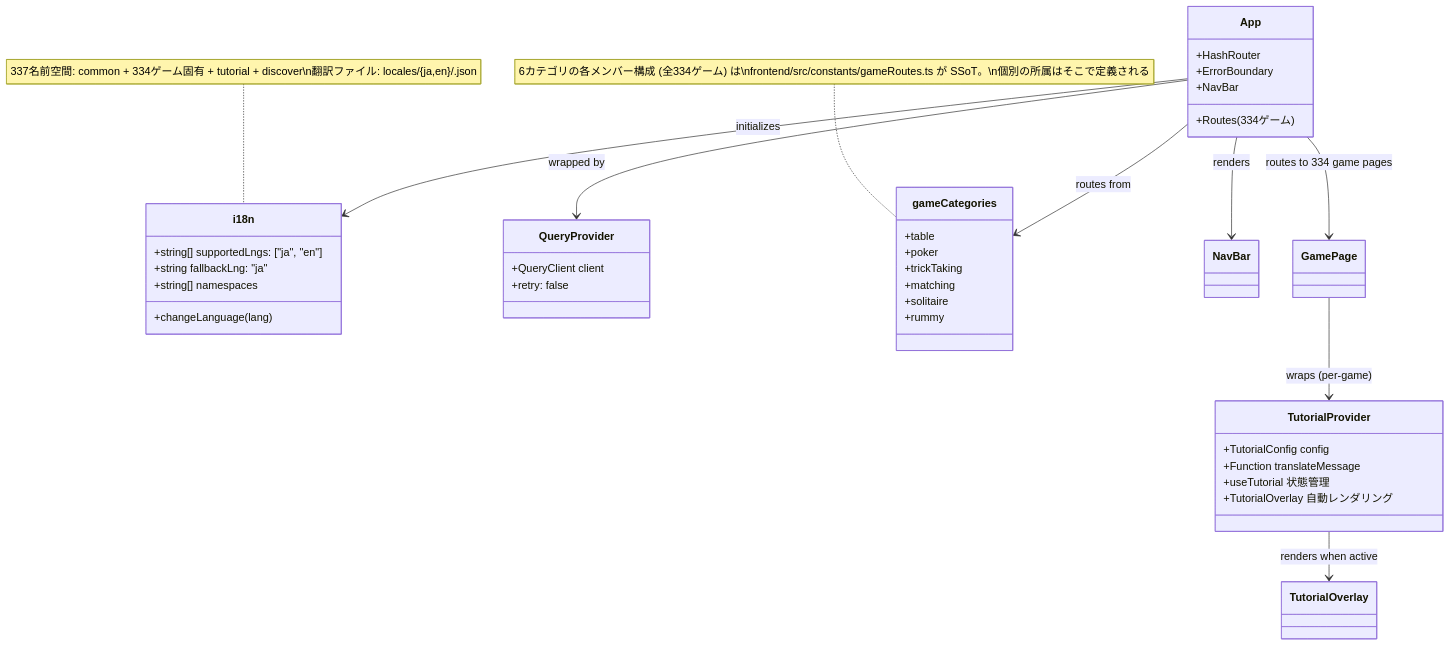
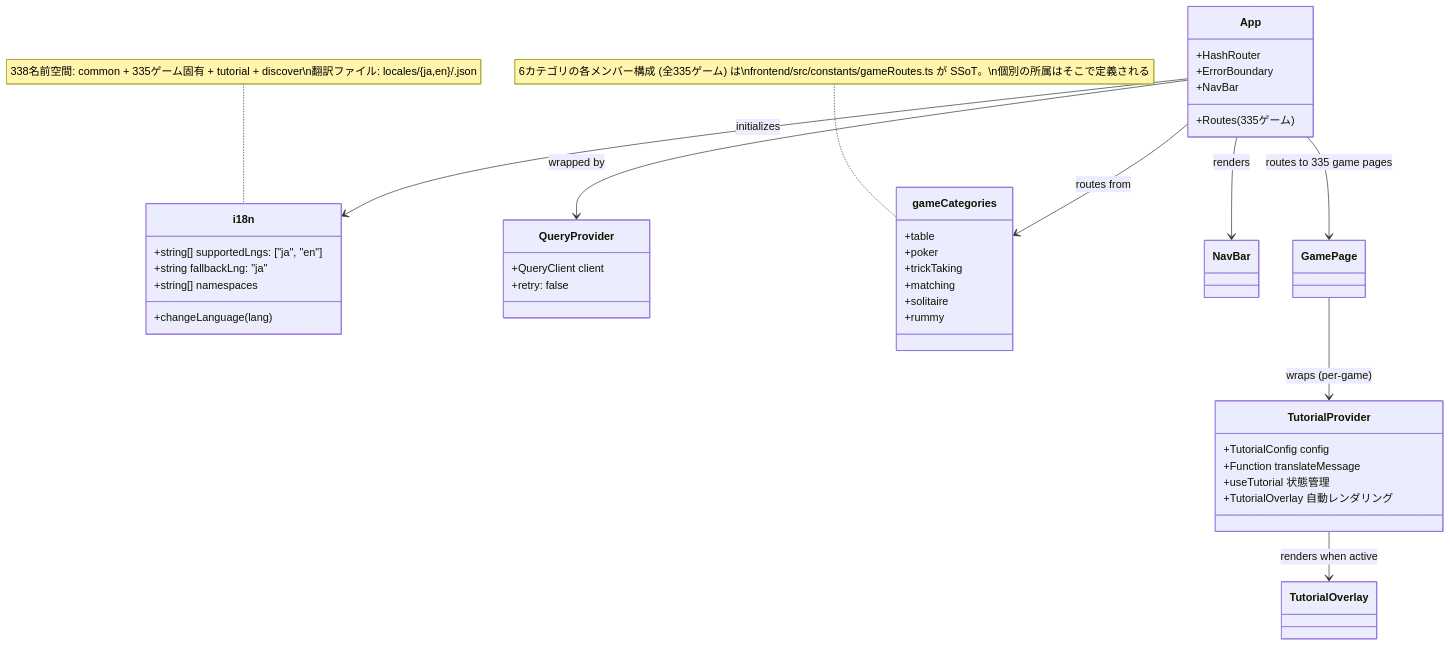
The ninth of 49 diagrams in docs/design/frontend.md (yuta-yoshinaga/go_trumpcards), drawn with Mermaid before and after one commit. The commit also changed other lines of this file and 67 other files, not shown here.

````diff
--- a/docs/design/frontend.md
+++ b/docs/design/frontend.md
@@ -1874,48 +1874,48 @@
 ```mermaid
 classDiagram
     class i18n {
         +string[] supportedLngs: ["ja", "en"]
         +string fallbackLng: "ja"
         +string[] namespaces
         +changeLanguage(lang)
     }
 
     class QueryProvider {
         +QueryClient client
         +retry: false
     }
 
     class App {
         +HashRouter
         +ErrorBoundary
         +NavBar
-        +Routes (334ゲーム)
+        +Routes (335ゲーム)
     }
 
     class gameCategories {
         +table
         +poker
         +trickTaking
         +matching
         +solitaire
         +rummy
     }
-    note for gameCategories "6カテゴリの各メンバー構成 (全334ゲーム) は\nfrontend/src/constants/gameRoutes.ts が SSoT。\n個別の所属はそこで定義される"
+    note for gameCategories "6カテゴリの各メンバー構成 (全335ゲーム) は\nfrontend/src/constants/gameRoutes.ts が SSoT。\n個別の所属はそこで定義される"
 
     class TutorialProvider {
         +TutorialConfig config
         +Function translateMessage
         +useTutorial 状態管理
         +TutorialOverlay 自動レンダリング
     }
 
     App --> QueryProvider : wrapped by
     App --> i18n : initializes
     App --> gameCategories : routes from
     App --> NavBar : renders
-    App --> GamePage : routes to 334 game pages
+    App --> GamePage : routes to 335 game pages
     GamePage --> TutorialProvider : wraps (per-game)
     TutorialProvider --> TutorialOverlay : renders when active
 
-    note for i18n "337名前空間: common + 334ゲーム固有 + tutorial + discover\n翻訳ファイル: locales/{ja,en}/<game>.json"
+    note for i18n "338名前空間: common + 335ゲーム固有 + tutorial + discover\n翻訳ファイル: locales/{ja,en}/<game>.json"
 ```
````
